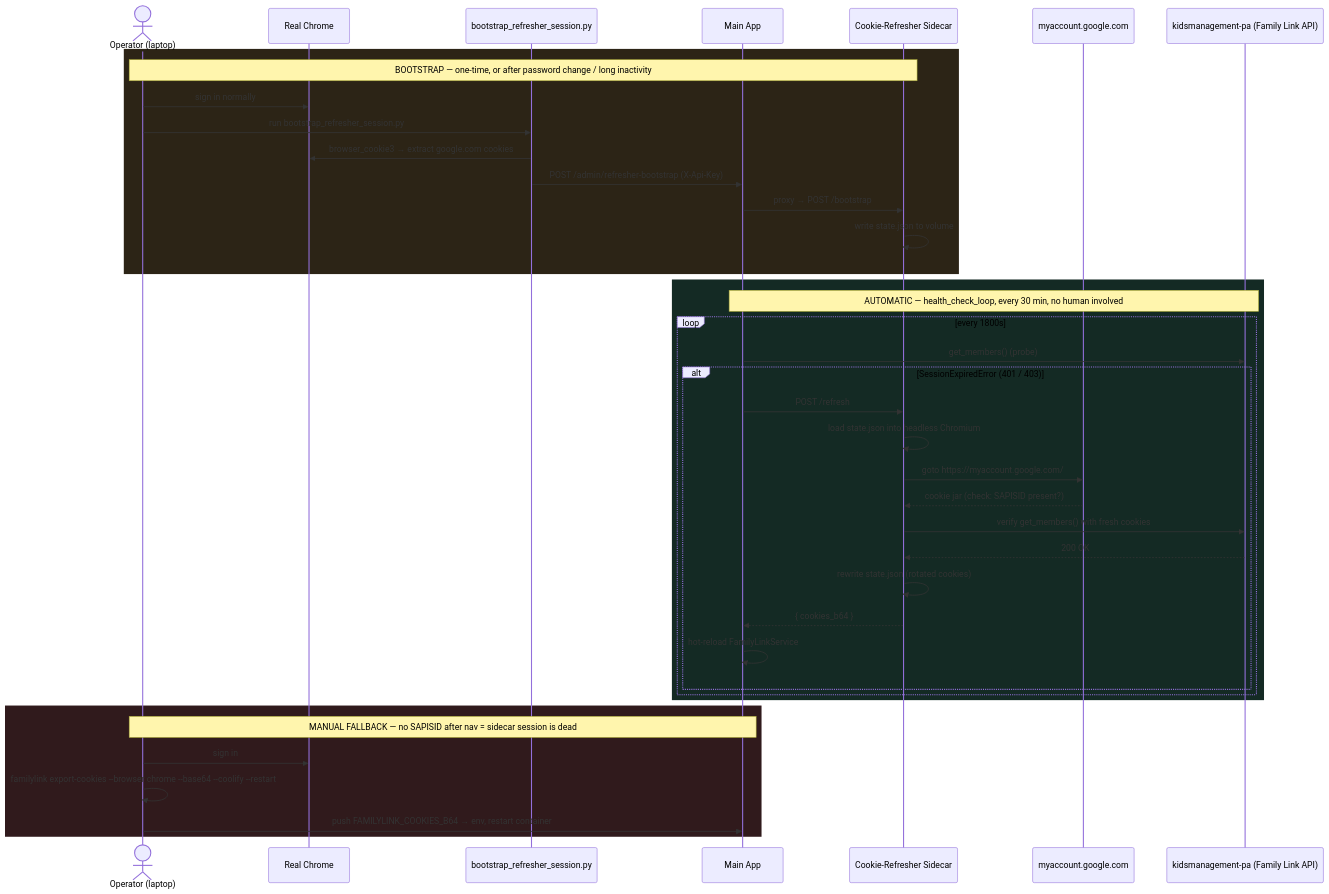
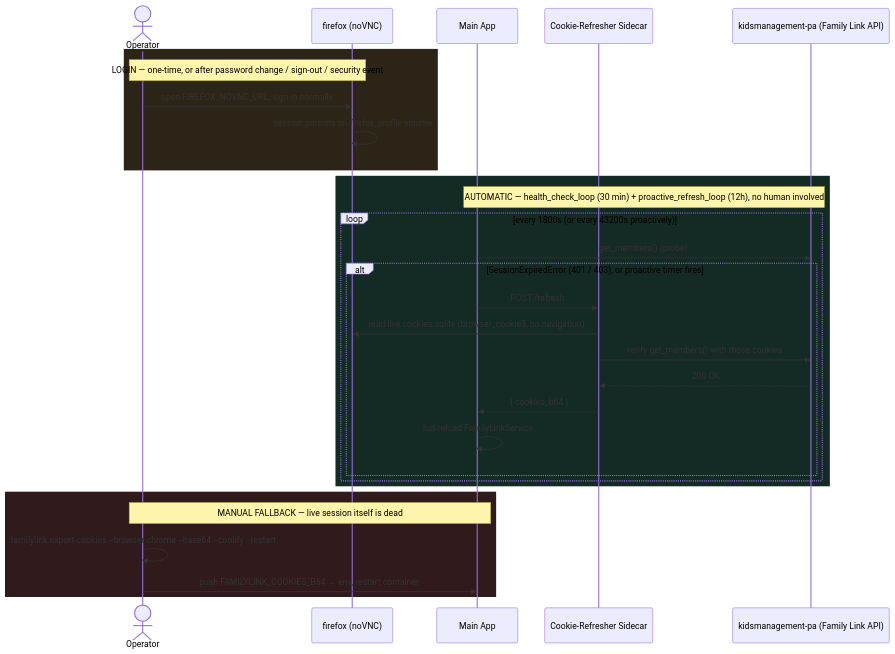
Before and after one commit to radamhu/familylink-client: the diagram in README.md, drawn with Mermaid. The commit also changed other lines of this file, not shown here.

Commit message:
docs: live-browser refresher setup, noVNC login, security

````diff
--- a/README.md
+++ b/README.md
@@ -513,45 +509,35 @@
 ```mermaid
 sequenceDiagram
-    actor Op as Operator (laptop)
-    participant Chrome as Real Chrome
-    participant Script as bootstrap_refresher_session.py
+    actor Op as Operator
+    participant FF as firefox (noVNC)
     participant Main as Main App
     participant Side as Cookie-Refresher Sidecar
-    participant GA as myaccount.google.com
     participant FL as kidsmanagement-pa (Family Link API)
 
     rect rgb(44,36,22)
-    Note over Op,Side: BOOTSTRAP — one-time, or after password change / long inactivity
-    Op->>Chrome: sign in normally
-    Op->>Script: run bootstrap_refresher_session.py
-    Script->>Chrome: browser_cookie3 → extract google.com cookies
-    Script->>Main: POST /admin/refresher-bootstrap  (X-Api-Key)
-    Main->>Side: proxy → POST /bootstrap
-    Side->>Side: write state.json to volume
+    Note over Op,FF: LOGIN — one-time, or after password change / sign-out / security event
+    Op->>FF: open FIREFOX_NOVNC_URL, sign in normally
+    FF->>FF: session persists on firefox_profile volume
     end
 
     rect rgb(20,42,36)
-    Note over Main,FL: AUTOMATIC — health_check_loop, every 30 min, no human involved
-    loop every 1800s
+    Note over Main,FL: AUTOMATIC — health_check_loop (30 min) + proactive_refresh_loop (12h), no human involved
+    loop every 1800s (or every 43200s proactively)
         Main->>FL: get_members()  (probe)
-        alt SessionExpiredError (401 / 403)
+        alt SessionExpiredError (401 / 403), or proactive timer fires
             Main->>Side: POST /refresh
-            Side->>Side: load state.json into headless Chromium
-            Side->>GA: goto https://myaccount.google.com/
-            GA-->>Side: cookie jar (check: SAPISID present?)
-            Side->>FL: verify get_members() with fresh cookies
+            Side->>FF: read live cookies.sqlite (browser_cookie3, no navigation)
+            Side->>FL: verify get_members() with those cookies
             FL-->>Side: 200 OK
-            Side->>Side: rewrite state.json (rotated cookies)
             Side-->>Main: { cookies_b64 }
             Main->>Main: hot-reload FamilyLinkService
         end
     end
     end
 
     rect rgb(48,26,28)
-    Note over Op,Main: MANUAL FALLBACK — no SAPISID after nav = sidecar session is dead
-    Op->>Chrome: sign in
+    Note over Op,Main: MANUAL FALLBACK — live session itself is dead
     Op->>Op: familylink export-cookies --browser chrome --base64 --coolify --restart
     Op->>Main: push FAMILYLINK_COOKIES_B64 → env, restart container
     end
 ```
````
